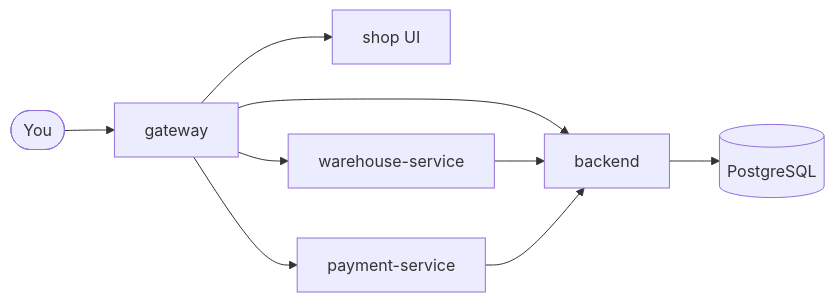
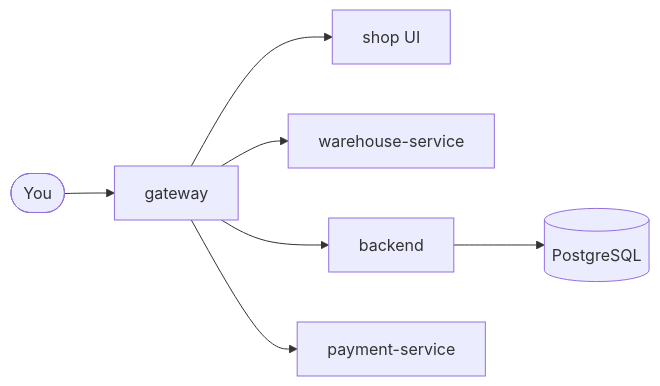
One commit to slawekradzyminski/awesome-localstack changed the diagram in docs-site/docs/index.md. Above: the diagram before and after it, drawn with Mermaid. The commit also changed 19 other files, not shown here.

First line of the commit message:
Review every wiki diagram by eye and redraw the unclear ones

````diff
--- a/docs-site/docs/index.md
+++ b/docs-site/docs/index.md
@@ -42,11 +42,9 @@
 ```mermaid
 flowchart LR
     U([You]) --> G[gateway]
     G --> F[shop UI]
+    G --> W[warehouse-service]
     G --> B[backend]
-    G --> W[warehouse-service]
     G --> P[payment-service]
     B --> DB[(PostgreSQL)]
-    W --> B
-    P --> B
 ```
````
